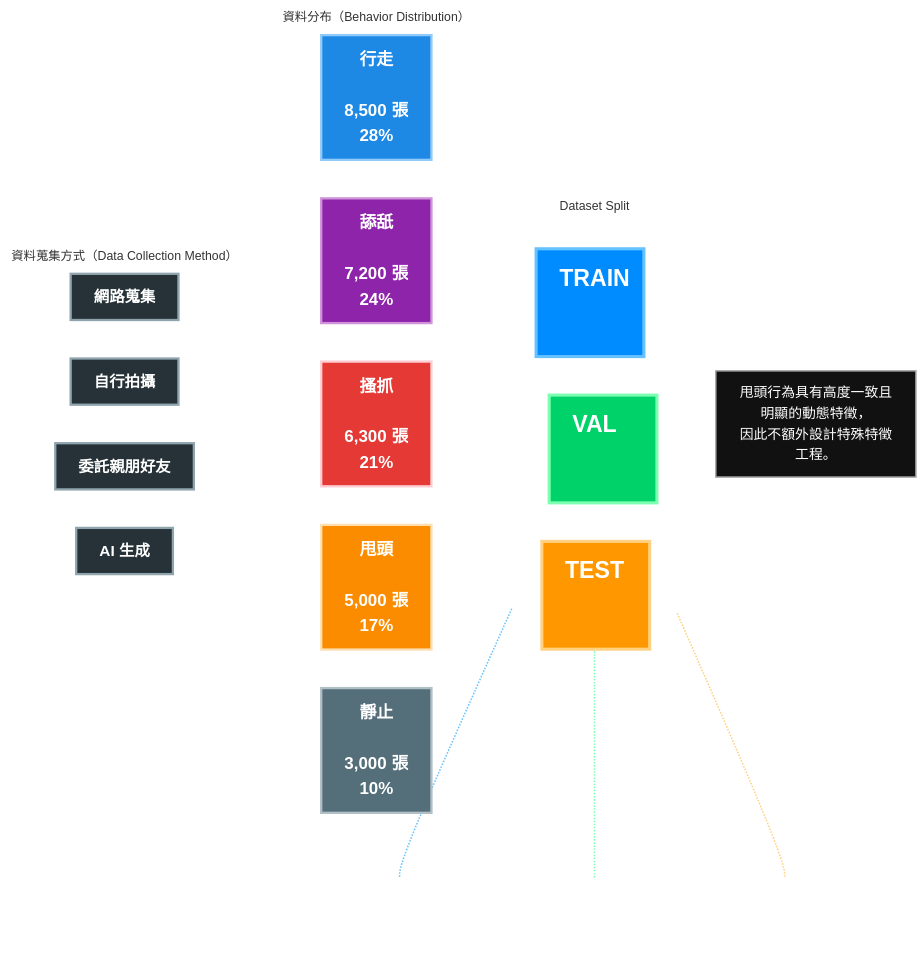
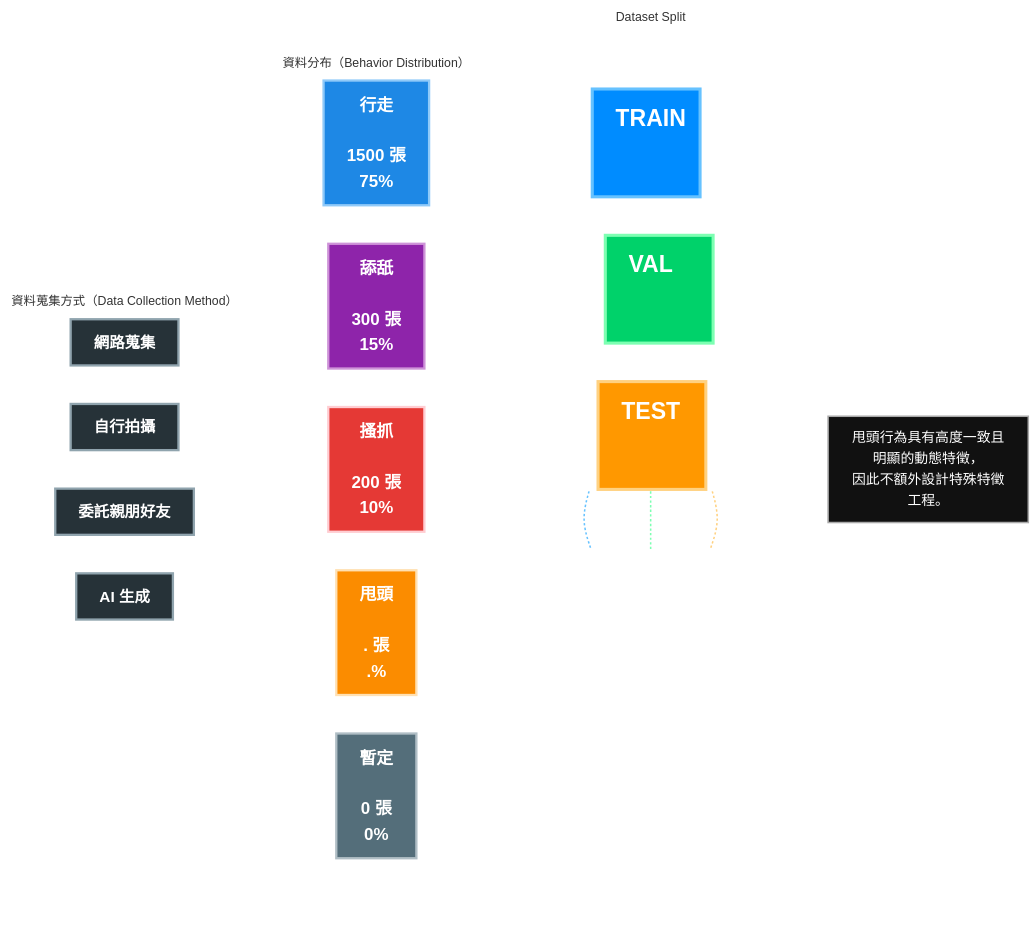
Before and after one commit to reqw123/ai_project: the diagram in paper/cat_monitoring_system/data.md, drawn with Mermaid (neutral theme). The commit also changed 88 other files, not shown here.

````diff
--- a/paper/cat_monitoring_system/data.md
+++ b/paper/cat_monitoring_system/data.md
@@ -1,104 +2,103 @@
 ```mermaid
-
 flowchart TB
 
-    subgraph SPLIT["Dataset Split"]
+%% =========================
+%% Dataset Split
+%% =========================
+
+subgraph SPLIT["Dataset Split"]
+direction TB
+
+    subgraph TOP[" "]
     direction LR
 
-    A["TRAIN"]:::train
-    B["VAL"]:::val
-    C["TEST"]:::test
+        A["TRAIN"]:::train
+        B["VAL"]:::val
+        C["TEST"]:::test
 
     end
 
-    D["21,000 Images<br/>70%"]:::info
-    E["6,000 Images<br/>20%"]:::info
-    F["3,000 Images<br/>10%"]:::info
+    subgraph BOTTOM[" "]
+    direction LR
+
+        D["1500 Images<br/>75%"]:::info
+        E["300 Images<br/>15%"]:::info
+        F["200 Images<br/>10%"]:::info
+
+    end
 
     A -.- D
     B -.- E
     C -.- F
 
-    classDef train fill:#008CFF,color:#FFFFFF,stroke:#66C2FF,stroke-width:4px,font-size:30px,font-weight:bold
-    classDef val fill:#00D26A,color:#FFFFFF,stroke:#7DFFB2,stroke-width:4px,font-size:30px,font-weight:bold
-    classDef test fill:#FF9800,color:#FFFFFF,stroke:#FFD180,stroke-width:4px,font-size:30px,font-weight:bold
-
-    classDef info fill:none,color:#FFFFFF,stroke:none,font-size:22px,font-weight:bold
-
-    style A width:140px,height:140px
-    style B width:140px,height:140px
-    style C width:140px,height:140px
-
-    style SPLIT fill:none,stroke:none
-
-    linkStyle 0 stroke:#66C2FF,stroke-width:2px,stroke-dasharray: 3 3
-    linkStyle 1 stroke:#7DFFB2,stroke-width:2px,stroke-dasharray: 3 3
-    linkStyle 2 stroke:#FFD180,stroke-width:2px,stroke-dasharray: 3 3
+end
 
 %% =========================
 %% Behavior Distribution
 %% =========================
 
-    subgraph DIST["資料分布（Behavior Distribution）"]
-    direction LR
+subgraph DIST["資料分布（Behavior Distribution）"]
+direction LR
 
-    G["行走<br/><br/>8,500 張<br/>28%"]:::walk
-    H["舔舐<br/><br/>7,200 張<br/>24%"]:::lick
-    I["搔抓<br/><br/>6,300 張<br/>21%"]:::scratch
-    J["甩頭<br/><br/>5,000 張<br/>17%"]:::shake
-    K["靜止<br/><br/>3,000 張<br/>10%"]:::stop
+    G["行走<br/><br/>1500 張<br/>75%"]:::walk
+    H["舔舐<br/><br/>300 張<br/>15%"]:::lick
+    I["搔抓<br/><br/>200 張<br/>10%"]:::scratch
+    J["甩頭<br/><br/>. 張<br/>.%"]:::shake
+    K["暫定<br/><br/>0 張<br/>0%"]:::stop
 
-    end
+end
 
 %% =========================
 %% Notes
 %% =========================
 
-    NOTE["甩頭行為具有高度一致且明顯的動態特徵，<br/>因此不額外設計特殊特徵工程。"]:::note
+NOTE["甩頭行為具有高度一致且明顯的動態特徵，<br/>因此不額外設計特殊特徵工程。"]:::note
 
 %% =========================
 %% Data Collection
 %% =========================
 
-    subgraph SOURCE["資料蒐集方式（Data Collection Method）"]
-    direction LR
+subgraph SOURCE["資料蒐集方式（Data Collection Method）"]
+direction LR
 
     L["網路蒐集"]:::source
     M["自行拍攝"]:::source
     N["委託親朋好友"]:::source
     O["AI 生成"]:::source
 
-    end
+end
 
 %% =========================
 %% Style
 %% =========================
 
-    classDef train fill:#008CFF,color:#FFFFFF,stroke:#66C2FF,stroke-width:4px,font-size:30px,font-weight:bold
-    classDef val fill:#00D26A,color:#FFFFFF,stroke:#7DFFB2,stroke-width:4px,font-size:30px,font-weight:bold
-    classDef test fill:#FF9800,color:#FFFFFF,stroke:#FFD180,stroke-width:4px,font-size:30px,font-weight:bold
+classDef train fill:#008CFF,color:#FFFFFF,stroke:#66C2FF,stroke-width:4px,font-size:30px,font-weight:bold
+classDef val fill:#00D26A,color:#FFFFFF,stroke:#7DFFB2,stroke-width:4px,font-size:30px,font-weight:bold
+classDef test fill:#FF9800,color:#FFFFFF,stroke:#FFD180,stroke-width:4px,font-size:30px,font-weight:bold
 
-    classDef info fill:none,color:#FFFFFF,stroke:none,font-size:22px,font-weight:bold
+classDef info fill:none,color:#FFFFFF,stroke:none,font-size:22px,font-weight:bold
 
-    classDef walk fill:#1E88E5,color:#FFFFFF,stroke:#90CAF9,stroke-width:3px,font-size:22px,font-weight:bold
-    classDef lick fill:#8E24AA,color:#FFFFFF,stroke:#CE93D8,stroke-width:3px,font-size:22px,font-weight:bold
-    classDef scratch fill:#E53935,color:#FFFFFF,stroke:#FFCDD2,stroke-width:3px,font-size:22px,font-weight:bold
-    classDef shake fill:#FB8C00,color:#FFFFFF,stroke:#FFE0B2,stroke-width:3px,font-size:22px,font-weight:bold
-    classDef stop fill:#546E7A,color:#FFFFFF,stroke:#B0BEC5,stroke-width:3px,font-size:22px,font-weight:bold
+classDef walk fill:#1E88E5,color:#FFFFFF,stroke:#90CAF9,stroke-width:3px,font-size:22px,font-weight:bold
+classDef lick fill:#8E24AA,color:#FFFFFF,stroke:#CE93D8,stroke-width:3px,font-size:22px,font-weight:bold
+classDef scratch fill:#E53935,color:#FFFFFF,stroke:#FFCDD2,stroke-width:3px,font-size:22px,font-weight:bold
+classDef shake fill:#FB8C00,color:#FFFFFF,stroke:#FFE0B2,stroke-width:3px,font-size:22px,font-weight:bold
+classDef stop fill:#546E7A,color:#FFFFFF,stroke:#B0BEC5,stroke-width:3px,font-size:22px,font-weight:bold
 
-    classDef source fill:#263238,color:#FFFFFF,stroke:#90A4AE,stroke-width:3px,font-size:20px,font-weight:bold
+classDef source fill:#263238,color:#FFFFFF,stroke:#90A4AE,stroke-width:3px,font-size:20px,font-weight:bold
 
-    classDef note fill:#111111,color:#FFFFFF,stroke:#AAAAAA,stroke-width:2px,font-size:18px
+classDef note fill:#111111,color:#FFFFFF,stroke:#AAAAAA,stroke-width:2px,font-size:18px
 
-    style A width:140px,height:140px,text-align:center
-    style B width:140px,height:140px,text-align:center
-    style C width:140px,height:140px,text-align:center
+style A width:140px,height:140px
+style B width:140px,height:140px
+style C width:140px,height:140px
 
-    style SPLIT fill:none,stroke:none
-    style DIST fill:none,stroke:none
-    style SOURCE fill:none,stroke:none
+style SPLIT fill:none,stroke:none
+style DIST fill:none,stroke:none
+style SOURCE fill:none,stroke:none
+style TOP fill:none,stroke:none
+style BOTTOM fill:none,stroke:none
 
-    linkStyle 0 stroke:#66C2FF,stroke-width:2px
-    linkStyle 1 stroke:#7DFFB2,stroke-width:2px
-    linkStyle 2 stroke:#FFD180,stroke-width:2px
+linkStyle 0 stroke:#66C2FF,stroke-width:2px,stroke-dasharray: 3 3
+linkStyle 1 stroke:#7DFFB2,stroke-width:2px,stroke-dasharray: 3 3
+linkStyle 2 stroke:#FFD180,stroke-width:2px,stroke-dasharray: 3 3
 ```
````
